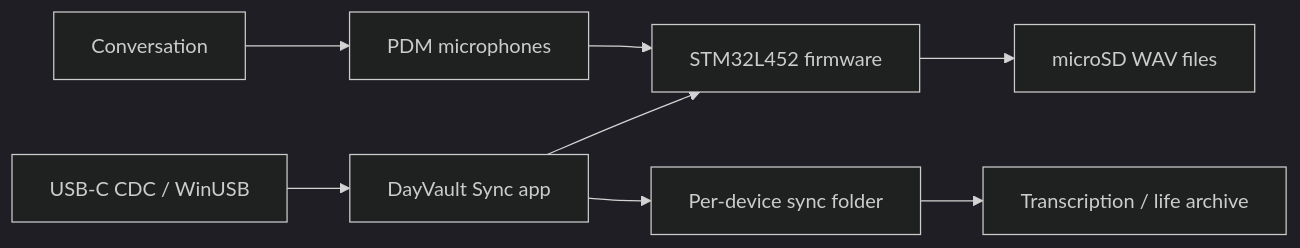
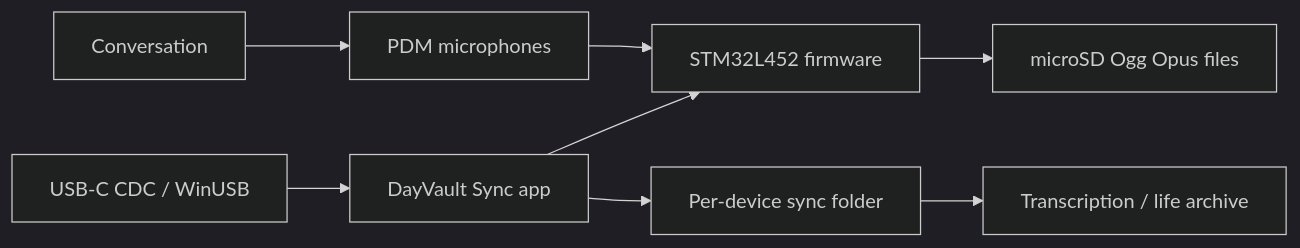
One commit to Ha22yX/DayVault changed the diagram in README.md. Above: the diagram before and after it, drawn with Mermaid (dark theme). The commit also changed other lines of this file and 3 other files, not shown here.

````diff
--- a/README.md
+++ b/README.md
@@ -133,10 +140,10 @@
 ```mermaid
 flowchart LR
     Speech["Conversation"] --> Mic["PDM microphones"]
     Mic --> MCU["STM32L452 firmware"]
-    MCU --> SD["microSD WAV files"]
+    MCU --> SD["microSD Ogg Opus files"]
     USB["USB-C CDC / WinUSB"] --> Host["DayVault Sync app"]
     Host --> Folder["Per-device sync folder"]
     Folder --> Archive["Transcription / life archive"]
     Host --> MCU
 ```
````
